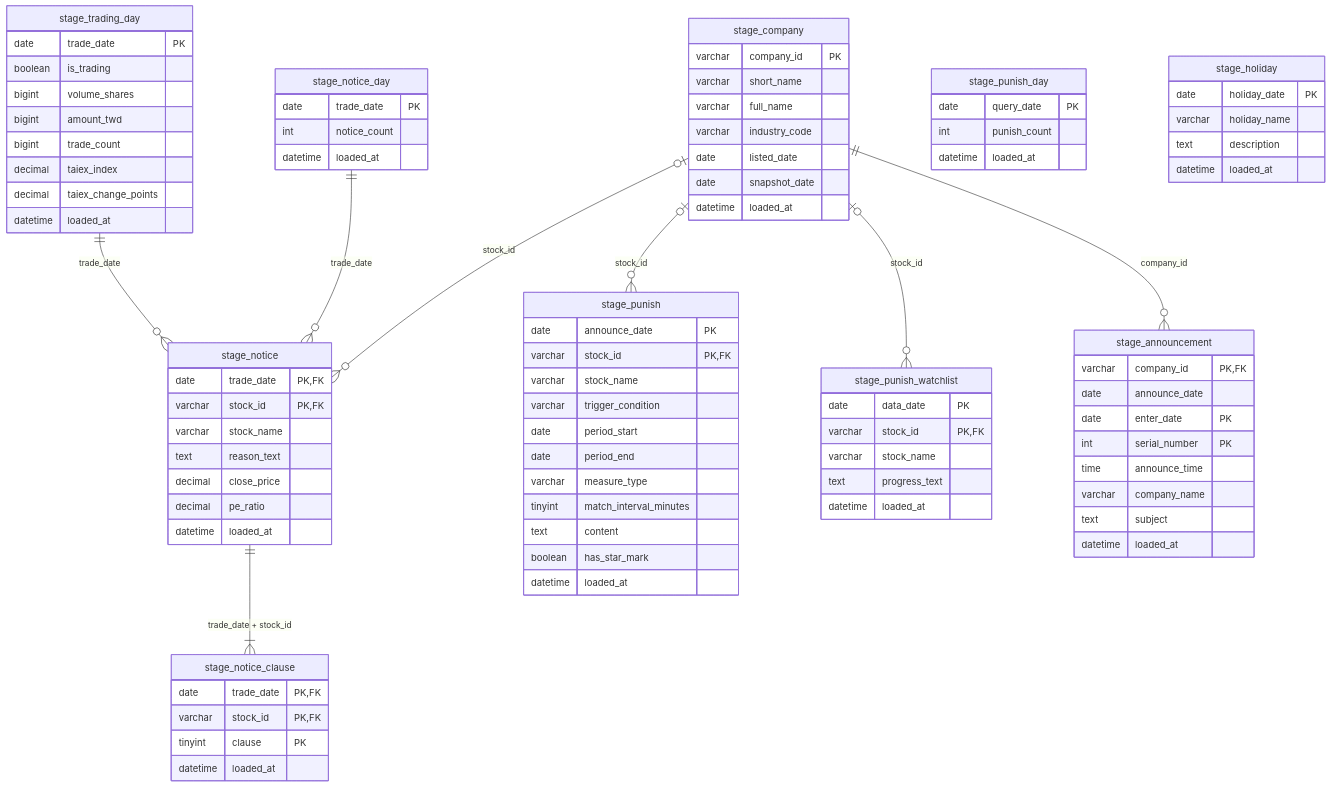
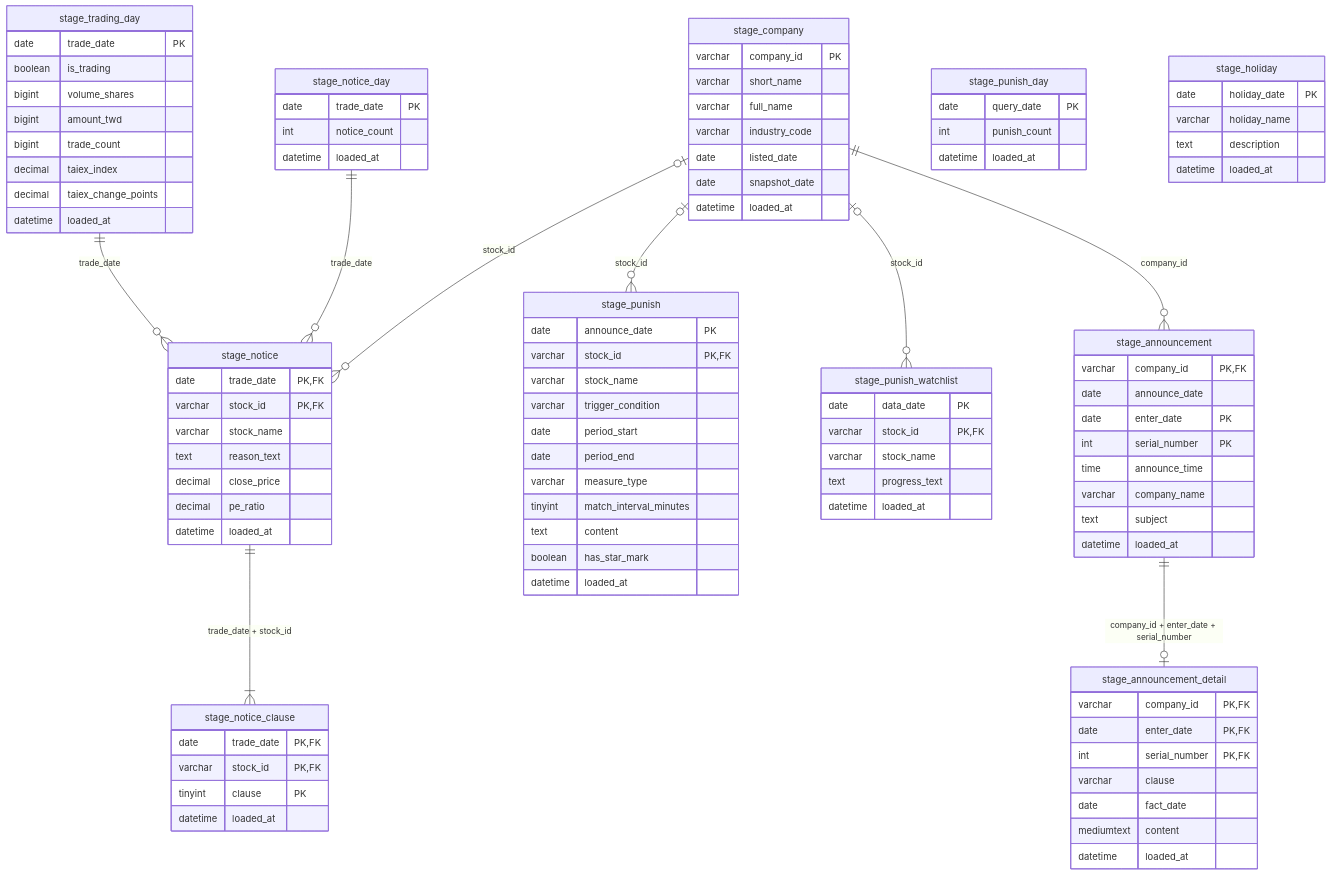
The diagram in docs/tables.md (hannahTai/G2-attention_stock_tracker-tw_stock), drawn with Mermaid before and after one commit. The commit also changed other lines of this file and 22 other files, not shown here.

First line of the commit message:
feat: 重大訊息全文（raw → stage → app_announcement），回補跳過已抓完整的資料

```diff
--- a/docs/tables.md
+++ b/docs/tables.md
@@ -61,6 +63,7 @@
     stage_company |o--o{ stage_punish : "stock_id"
     stage_company |o--o{ stage_punish_watchlist : "stock_id"
     stage_company ||--o{ stage_announcement : "company_id"
+    stage_announcement ||--o| stage_announcement_detail : "company_id + enter_date + serial_number"
     stage_notice ||--|{ stage_notice_clause : "trade_date + stock_id"
     stage_trading_day ||--o{ stage_notice : "trade_date"
     stage_notice_day ||--o{ stage_notice : "trade_date"
@@ -129,6 +132,15 @@
         text subject
         datetime loaded_at
     }
+    stage_announcement_detail {
+        varchar company_id PK, FK
+        date enter_date PK, FK
+        int serial_number PK, FK
+        varchar clause
+        date fact_date
+        mediumtext content
+        datetime loaded_at
+    }
     stage_trading_day {
         date trade_date PK
         boolean is_trading
```
